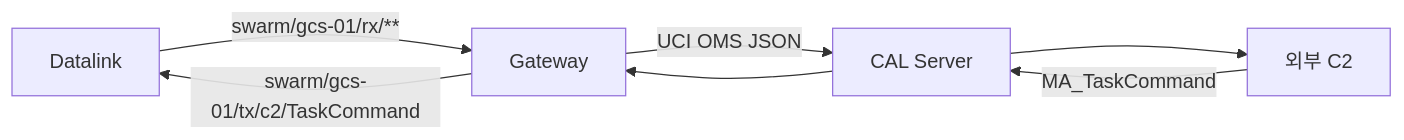
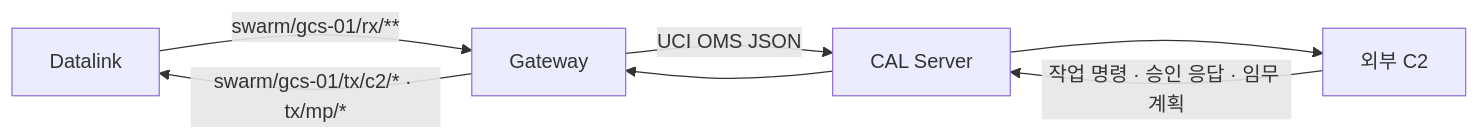
One commit to Kimbyung-wook/SwarmFlSim changed the first of 2 diagrams in docs/42_user/09_gateway.md. Above: the diagram before and after it, drawn with Mermaid. The commit also changed other lines of this file and 11 other files, not shown here.

````diff
--- a/docs/42_user/09_gateway.md
+++ b/docs/42_user/09_gateway.md
@@ -5,9 +5,9 @@
 ```mermaid
 flowchart LR
     SIM["Datalink"] -- "swarm/gcs-01/rx/**" --> GW["Gateway"]
     GW -- "UCI OMS JSON" --> CAL["CAL Server"]
     CAL --> EXT["외부 C2"]
-    EXT -- "MA_TaskCommand" --> CAL
+    EXT -- "작업 명령 · 승인 응답 · 임무 계획" --> CAL
     CAL --> GW
-    GW -- "swarm/gcs-01/tx/c2/TaskCommand" --> SIM
+    GW -- "swarm/gcs-01/tx/c2/* · tx/mp/*" --> SIM
 ```
````
